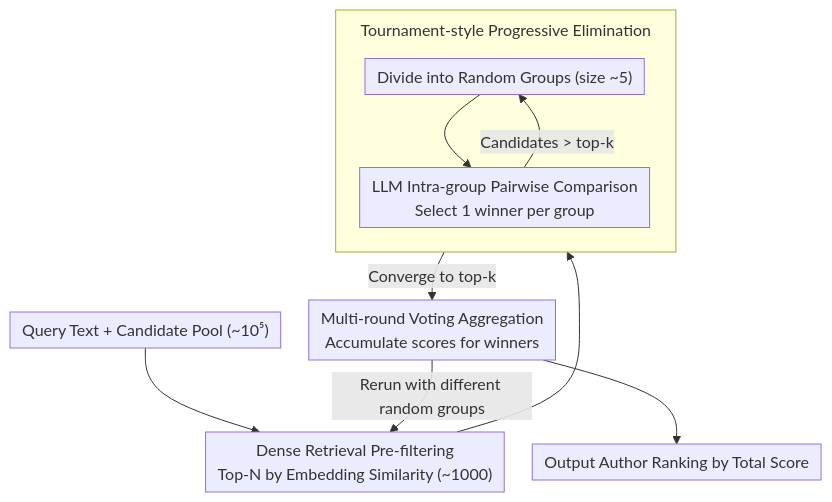
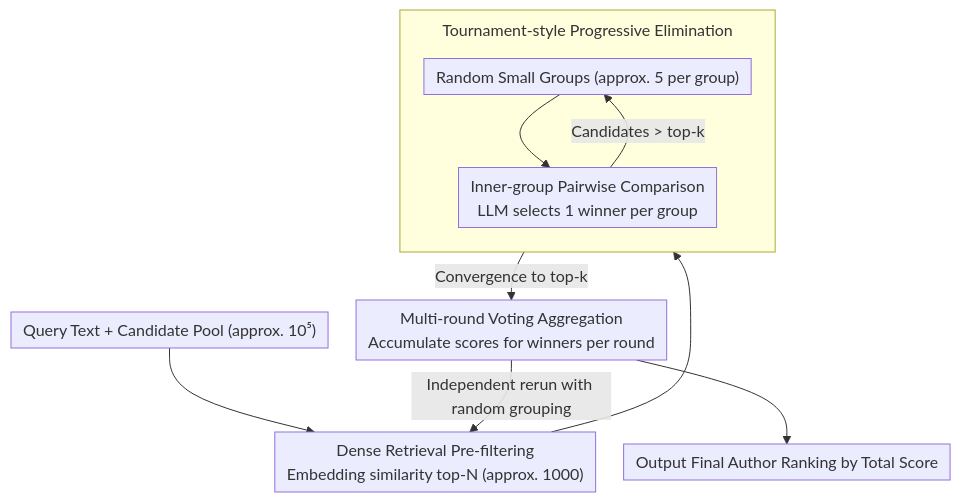
Before and after one commit to zhaoyang97/Paper-Notes-en: the diagram in docs/ACL2026/llm_safety/de-anonymization_at_scale_via_tournament-style_attribution.md, drawn with Mermaid. The commit also changed other lines of this file and 5084 other files, not shown here.

````diff
--- a/docs/ACL2026/llm_safety/de-anonymization_at_scale_via_tournament-style_attribution.md
+++ b/docs/ACL2026/llm_safety/de-anonymization_at_scale_via_tournament-style_attribution.md
@@ -43,14 +43,14 @@
 ```mermaid
 %%{init: {'flowchart': {'rankSpacing': 24, 'nodeSpacing': 28, 'padding': 6, 'wrappingWidth': 400, 'subGraphTitleMargin': {'top': 8, 'bottom': 16}}}}%%
 flowchart TD
-    A["Query Text + Candidate Pool (~10⁵)"] --> B["Dense Retrieval Pre-filtering<br/>Top-N by Embedding Similarity (~1000)"]
+    A["Query Text + Candidate Pool (approx. 10⁵)"] --> B["Dense Retrieval Pre-filtering<br/>Embedding similarity top-N (approx. 1000)"]
     subgraph T["Tournament-style Progressive Elimination"]
         direction TB
-        C["Divide into Random Groups (size ~5)"] --> D["LLM Intra-group Pairwise Comparison<br/>Select 1 winner per group"]
+        C["Random Small Groups (approx. 5 per group)"] --> D["Inner-group Pairwise Comparison<br/>LLM selects 1 winner per group"]
         D -->|Candidates > top-k| C
     end
     B --> T
-    T -->|Converge to top-k| E["Multi-round Voting Aggregation<br/>Accumulate scores for winners"]
-    E -->|Rerun with different random groups| B
-    E --> F["Output Author Ranking by Total Score"]
+    T -->|Convergence to top-k| E["Multi-round Voting Aggregation<br/>Accumulate scores for winners per round"]
+    E -->|Independent rerun with random grouping| B
+    E --> F["Output Final Author Ranking by Total Score"]
 ```
````
